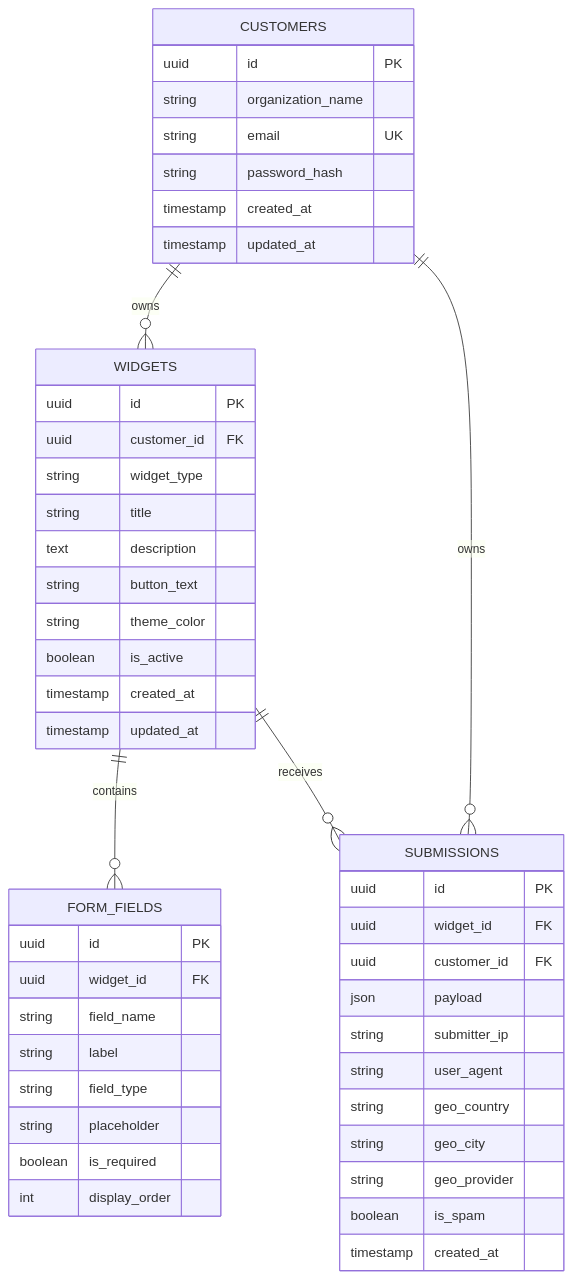
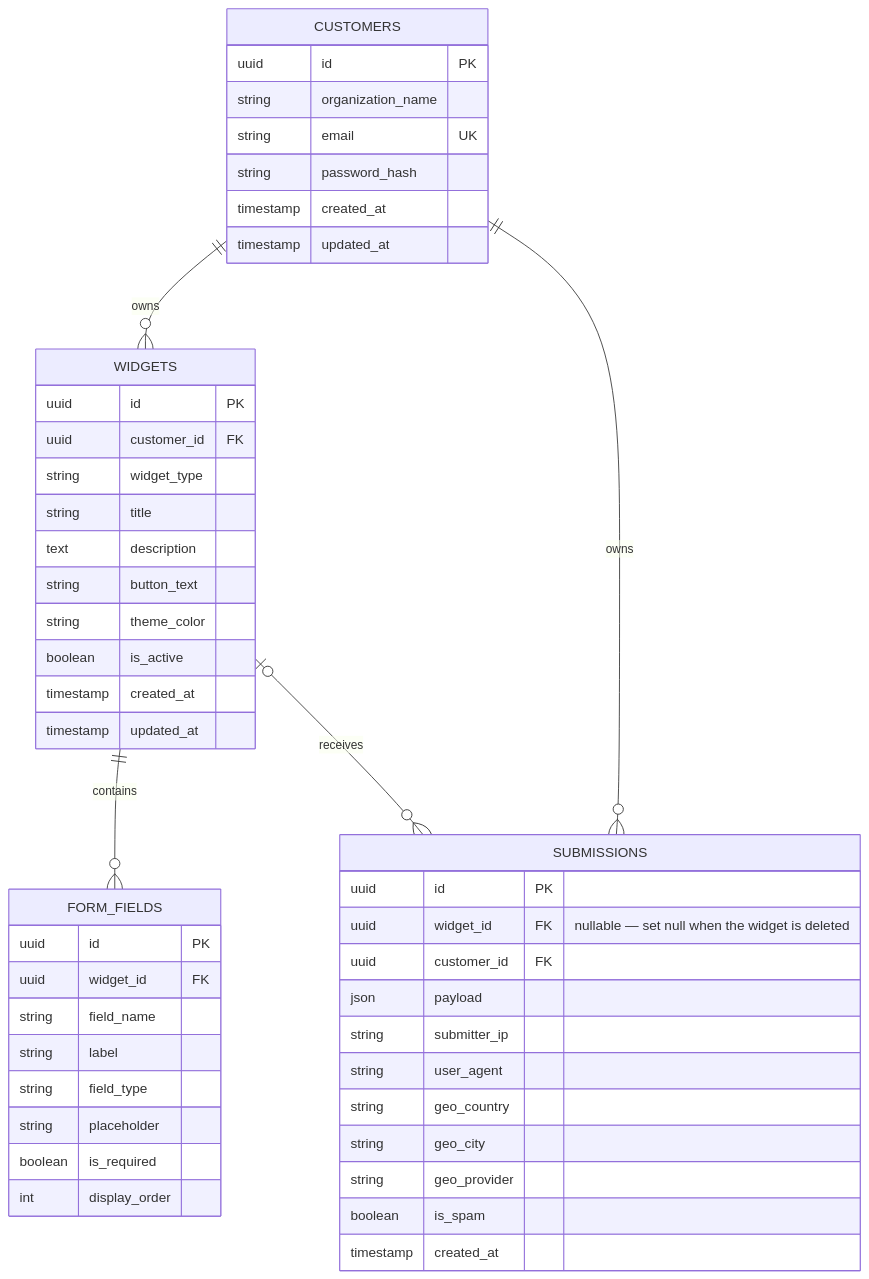
The diagram in docs/ERD.mmd (tanimowodavid/flyrank-capstone-widgetplatform), drawn with Mermaid before and after one commit. The commit also changed 5 other files, not shown here.

First line of the commit message:
feat: add widget update and delete endpoints

```diff
--- a/docs/ERD.mmd
+++ b/docs/ERD.mmd
@@ -1,49 +1,51 @@
 erDiagram
     CUSTOMERS ||--o{ WIDGETS : owns
     WIDGETS ||--o{ FORM_FIELDS : contains
-    WIDGETS ||--o{ SUBMISSIONS : receives
+    %% Optional on the widget side: submissions.widget_id is nullable with
+    %% ON DELETE SET NULL, so a submission outlives the widget it arrived through.
+    WIDGETS |o--o{ SUBMISSIONS : receives
     CUSTOMERS ||--o{ SUBMISSIONS : owns
 
     CUSTOMERS {
         uuid id PK
         string organization_name
         string email UK
         string password_hash
         timestamp created_at
         timestamp updated_at
     }
     WIDGETS {
         uuid id PK
         uuid customer_id FK
         string widget_type
         string title
         text description
         string button_text
         string theme_color
         boolean is_active
         timestamp created_at
         timestamp updated_at
     }
     FORM_FIELDS {
         uuid id PK
         uuid widget_id FK
         string field_name
         string label
         string field_type
         string placeholder
         boolean is_required
         int display_order
     }
     SUBMISSIONS {
         uuid id PK
-        uuid widget_id FK
+        uuid widget_id FK "nullable — set null when the widget is deleted"
         uuid customer_id FK
         json payload
         string submitter_ip
         string user_agent
         string geo_country
         string geo_city
         string geo_provider
         boolean is_spam
         timestamp created_at
     }
```
